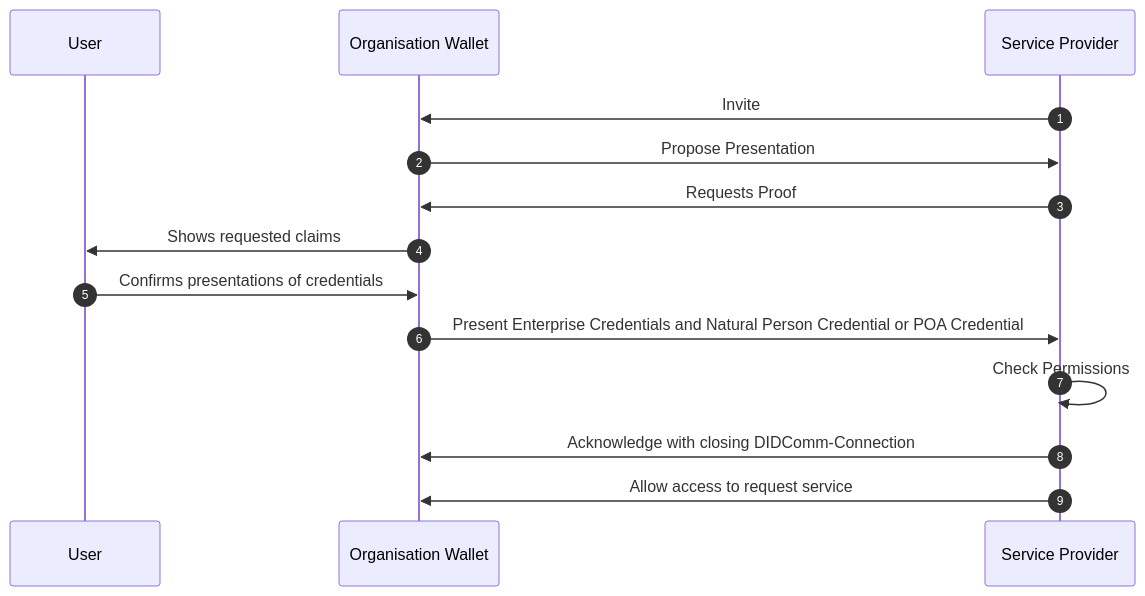
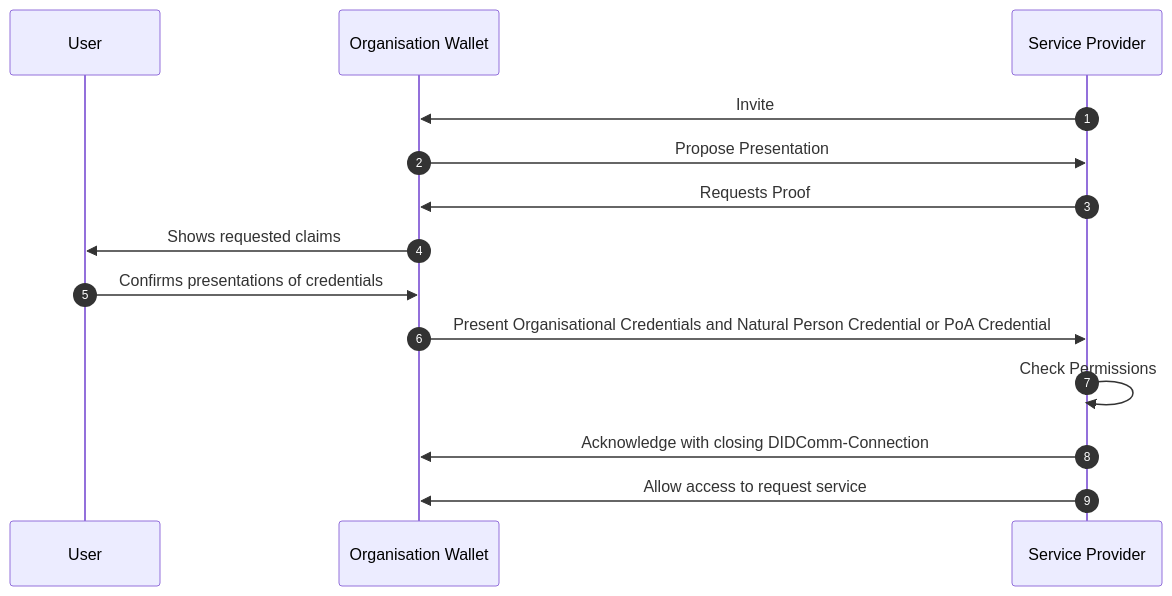
One commit to EWC-consortium/eudi-wallet-rfcs changed the fourth of 4 diagrams in ewc-rfc010-issue-and-present-organisational-credentials.md. Above: the diagram before and after it, drawn with Mermaid. The commit also changed other lines of this file, not shown here.

````diff
--- a/ewc-rfc010-issue-and-present-organisational-credentials.md
+++ b/ewc-rfc010-issue-and-present-organisational-credentials.md
@@ -1229,18 +1233,18 @@
 ```mermaid
 sequenceDiagram
   autonumber
 
   participant User as User
   participant OrgWallet as Organisation Wallet
   participant ServiceProvider as Service Provider
 
   ServiceProvider->>OrgWallet: Invite
   OrgWallet->>ServiceProvider: Propose Presentation
   ServiceProvider->>OrgWallet: Requests Proof
   OrgWallet->>User: Shows requested claims
   User->>OrgWallet: Confirms presentations of credentials
-  OrgWallet->>ServiceProvider: Present Enterprise Credentials and Natural Person Credential or POA Credential
+  OrgWallet->>ServiceProvider: Present Organisational Credentials and Natural Person Credential or PoA Credential
   ServiceProvider->>ServiceProvider: Check Permissions
   ServiceProvider->>OrgWallet: Acknowledge with closing DIDComm-Connection
   ServiceProvider->>OrgWallet: Allow access to request service
 ```
````
